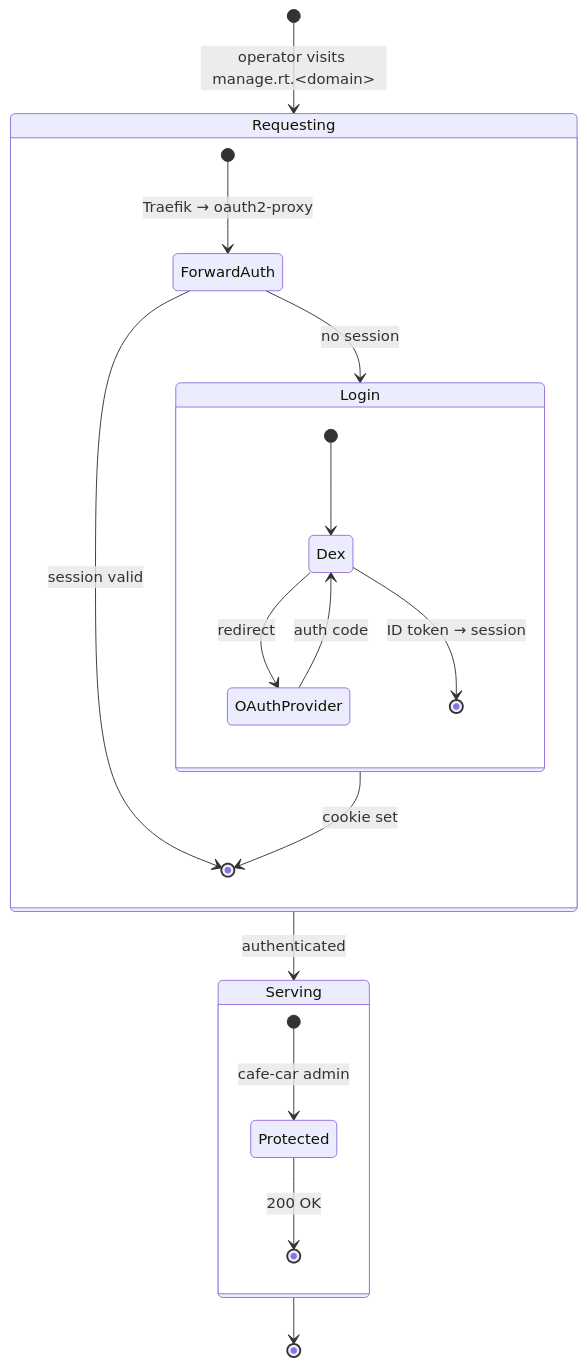
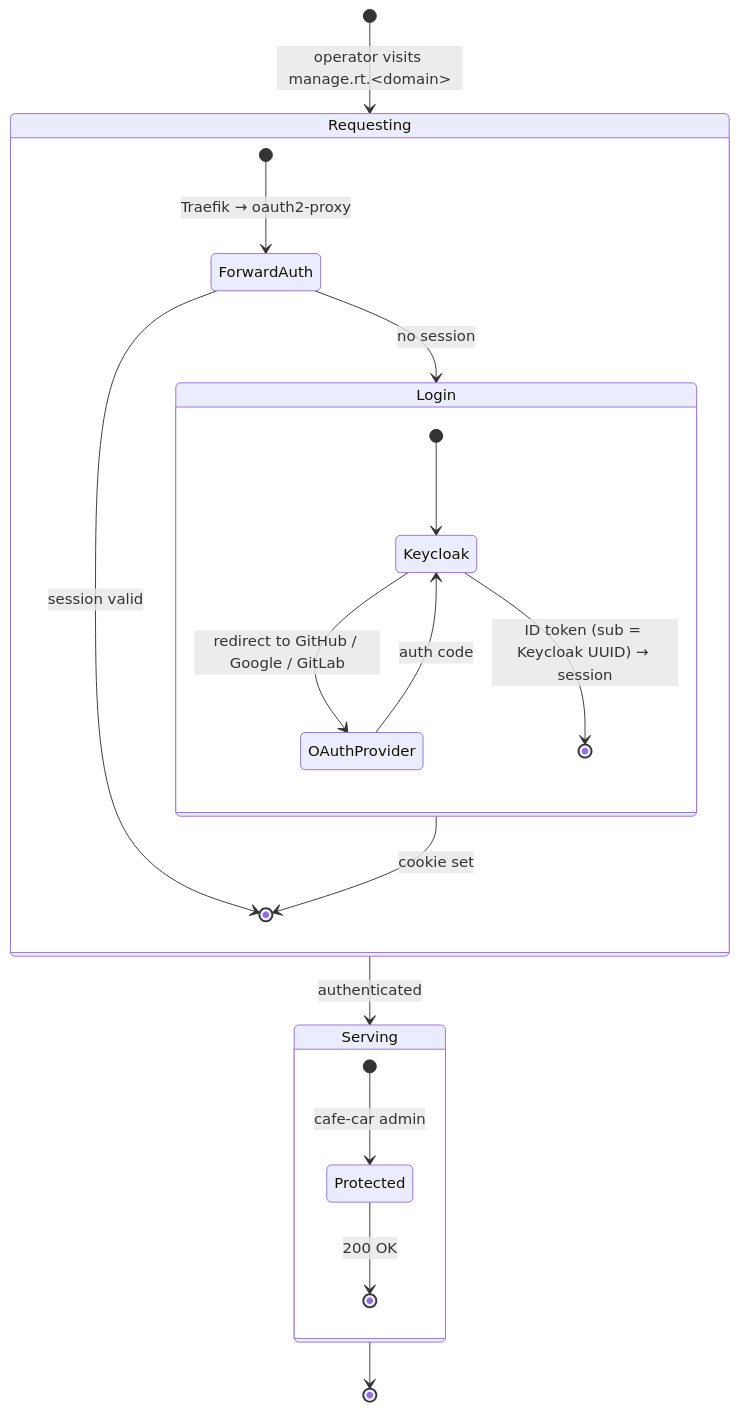
One commit to gtfs-zone/deploy-gtfs-rt changed the seventh of 7 diagrams in README.md. Above: the diagram before and after it, drawn with Mermaid. The commit also changed other lines of this file and 4 other files, not shown here.

First line of the commit message:
feat(gtfs): repoint oauth2-proxy and Traccar at Keycloak

````diff
--- a/README.md
+++ b/README.md
@@ -379,27 +380,27 @@
 ```mermaid
 stateDiagram-v2
     [*] --> Requesting: operator visits manage.rt.&ltdomain&gt
 
     state Requesting {
         [*] --> ForwardAuth: Traefik → oauth2-proxy
         ForwardAuth --> [*]: session valid
         ForwardAuth --> Login: no session
         Login --> [*]: cookie set
     }
 
     state Login {
-        [*] --> Dex
-        Dex --> OAuthProvider: redirect
-        OAuthProvider --> Dex: auth code
-        Dex --> [*]: ID token → session
+        [*] --> Keycloak
+        Keycloak --> OAuthProvider: redirect to GitHub / Google / GitLab
+        OAuthProvider --> Keycloak: auth code
+        Keycloak --> [*]: ID token (sub = Keycloak UUID) → session
     }
 
     Requesting --> Serving: authenticated
 
     state Serving {
         [*] --> Protected: cafe-car admin
         Protected --> [*]: 200 OK
     }
 
     Serving --> [*]
 ```
````
